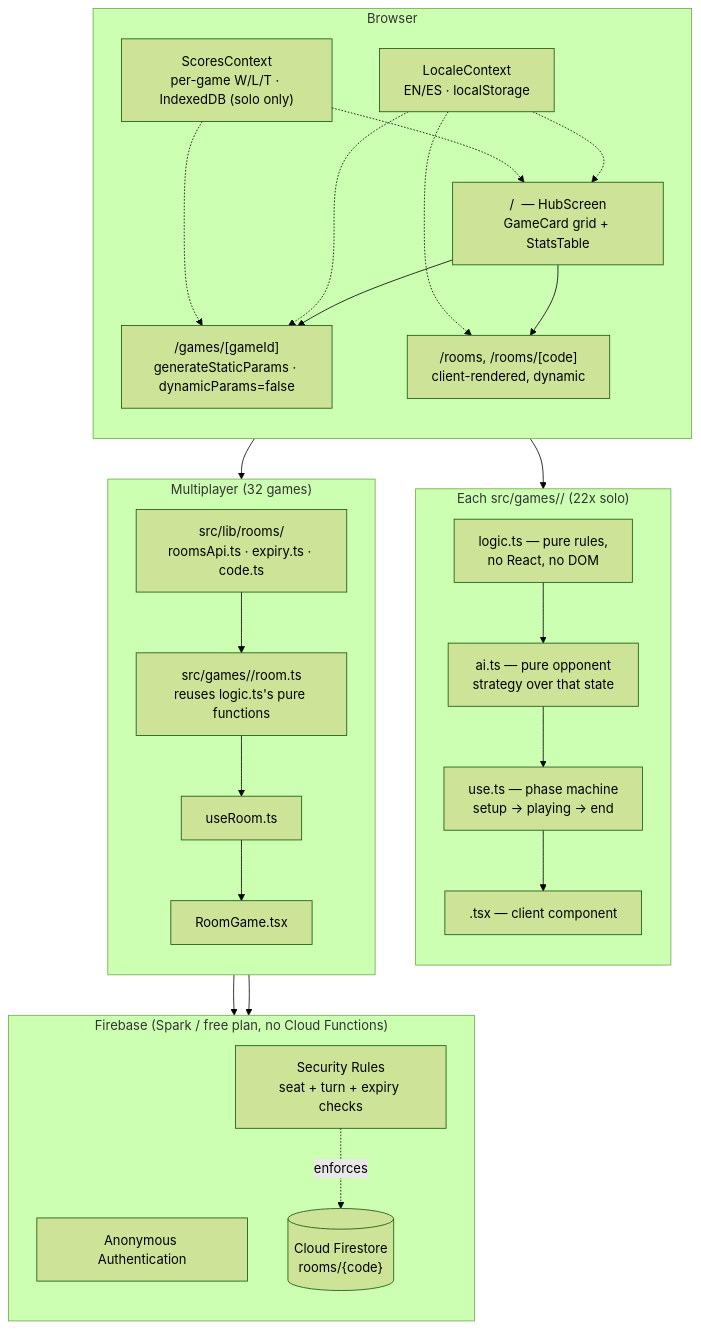
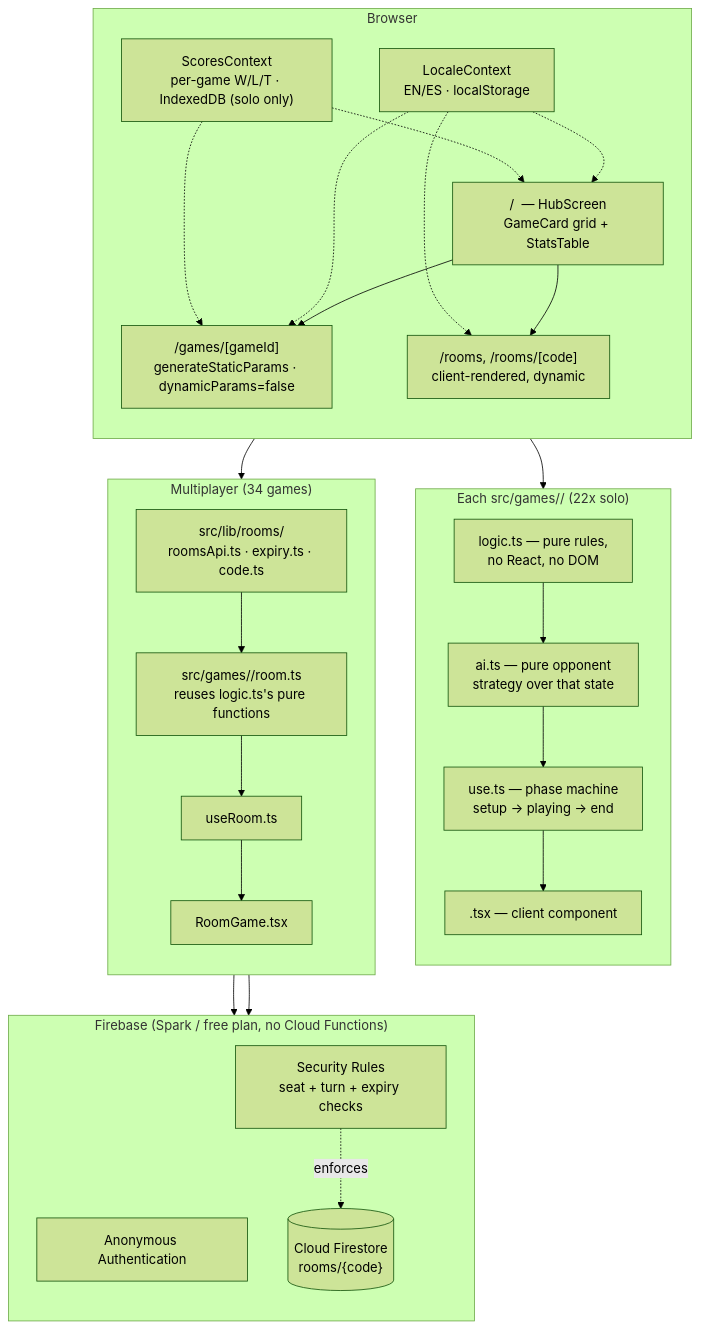
Before and after one commit to JoanOliver04/minigame-hub: the diagram in README.md, drawn with Mermaid (forest theme). The commit also changed other lines of this file and 24 other files, not shown here.

````diff
--- a/README.md
+++ b/README.md
@@ -220,50 +222,50 @@
 ```mermaid
 flowchart TB
     subgraph Browser
         direction TB
         Hub["/  — HubScreen<br/>GameCard grid + StatsTable"]
         Game["/games/[gameId]<br/>generateStaticParams · dynamicParams=false"]
         Rooms["/rooms, /rooms/[code]<br/>client-rendered, dynamic"]
         LC["LocaleContext<br/>EN/ES · localStorage"]
         SC["ScoresContext<br/>per-game W/L/T · IndexedDB (solo only)"]
         Hub --> Game
         Hub --> Rooms
         LC -.-> Hub
         LC -.-> Game
         LC -.-> Rooms
         SC -.-> Hub
         SC -.-> Game
     end
 
     subgraph PerGame["Each src/games/<id>/ (22x solo)"]
         direction TB
         Logic["logic.ts — pure rules,<br/>no React, no DOM"]
         AI["ai.ts — pure opponent<br/>strategy over that state"]
         Hook["use<Name>.ts — phase machine<br/>setup → playing → end"]
         View["<Name>.tsx — client component"]
         Logic --> AI --> Hook --> View
     end
 
-    subgraph RoomLayer["Multiplayer (32 games)"]
+    subgraph RoomLayer["Multiplayer (34 games)"]
         direction TB
         RoomLib["src/lib/rooms/<br/>roomsApi.ts · expiry.ts · code.ts"]
         RoomGame["src/games/<id>/room.ts<br/>reuses logic.ts's pure functions"]
         RoomHook["use<Name>Room.ts"]
         RoomView["<Name>RoomGame.tsx"]
         RoomLib --> RoomGame --> RoomHook --> RoomView
     end
 
     Game --> PerGame
     Rooms --> RoomLayer
 
     subgraph Firebase["Firebase (Spark / free plan, no Cloud Functions)"]
         direction TB
         Auth["Anonymous Authentication"]
         FS[("Cloud Firestore<br/>rooms/{code}")]
         Rules["Security Rules<br/>seat + turn + expiry checks"]
     end
 
     RoomLib --> Auth
     RoomLib --> FS
     Rules -.enforces.-> FS
 ```
````
